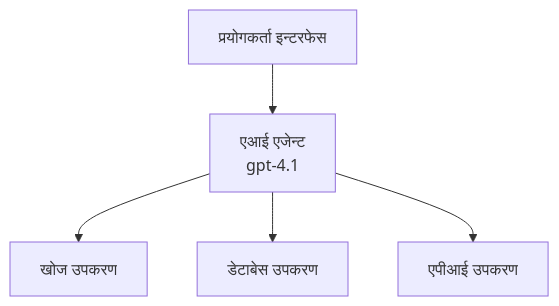
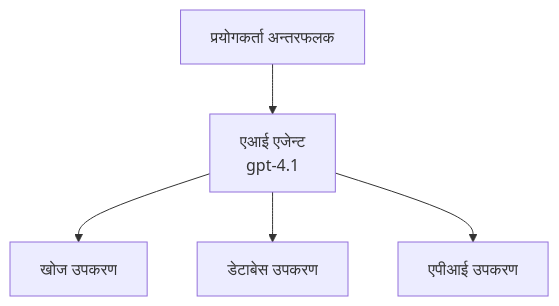
Before and after one commit to microsoft/AZD-for-beginners: the first of 3 diagrams in translations/ne/docs/chapter-02-ai-development/agents.md, drawn with Mermaid. The commit also changed other lines of this file and 104 other files, not shown here.

````diff
--- a/translations/ne/docs/chapter-02-ai-development/agents.md
+++ b/translations/ne/docs/chapter-02-ai-development/agents.md
@@ -157,7 +162,7 @@
 ```mermaid
 graph TD
-    UI[प्रयोगकर्ता इन्टरफेस] --> Agent[एआई एजेन्ट<br/>gpt-4.1]
+    UI[प्रयोगकर्ता अन्तरफलक] --> Agent[एआई एजेन्ट<br/>gpt-4.1]
     Agent --> Search[खोज उपकरण]
     Agent --> Database[डेटाबेस उपकरण]
     Agent --> API[एपीआई उपकरण]
 ```
````
